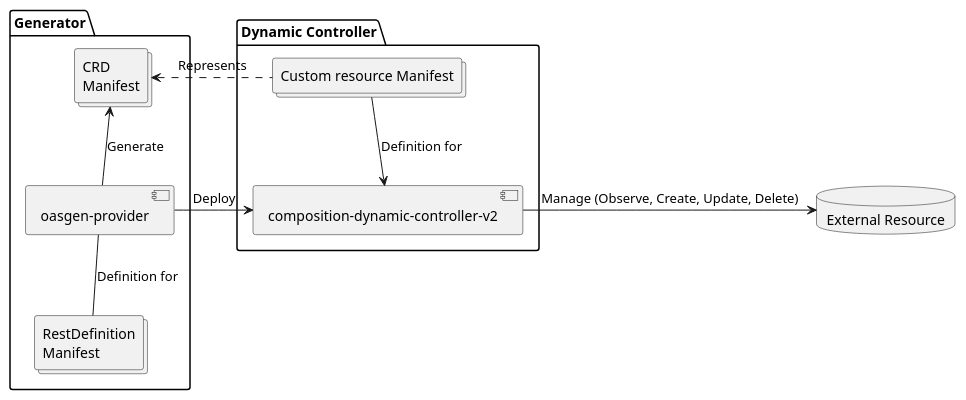
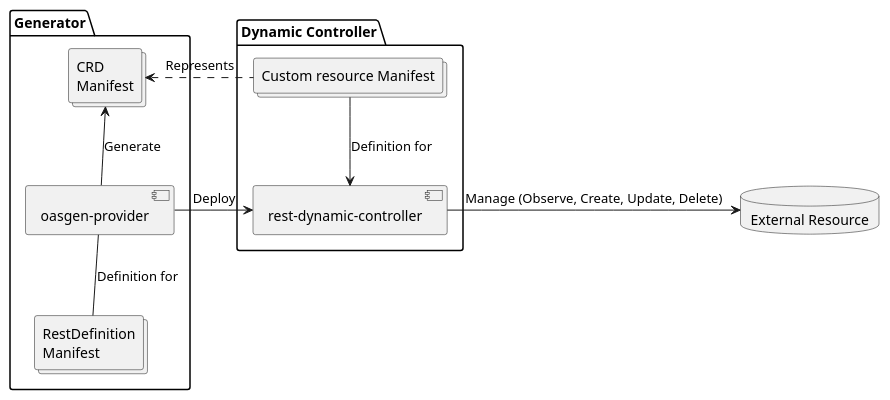
One commit to krateoplatformops/oasgen-provider changed the diagram in _diagram/generator.puml. Above: the diagram before and after it, drawn with PlantUML. The commit also changed 2 other files, not shown here.

Commit message:
docs: delete references to composition-dynamic-controller-v2

```diff
--- a/_diagram/generator.puml
+++ b/_diagram/generator.puml
@@ -1,25 +1,25 @@
 @startuml oasgen-provider
 
 package "Generator"{
    component "oasgen-provider" as provider
    collections "RestDefinition\nManifest" as restdefinition
    collections "CRD\nManifest" as crd
 }
 
 package "Dynamic Controller" {
-   component "composition-dynamic-controller-v2" as cdc
+   component "rest-dynamic-controller" as cdc
    collections "Custom resource Manifest" as cr
 }
 
 database "External Resource" as er
 
 
 provider -d- restdefinition : Definition for
 provider -u-> crd : Generate
 provider -r-> cdc : Deploy
 
 cdc <-u- cr : Definition for
 cdc -r-> er : Manage (Observe, Create, Update, Delete)
 
 crd <.r. cr : Represents
 @enduml 
```
